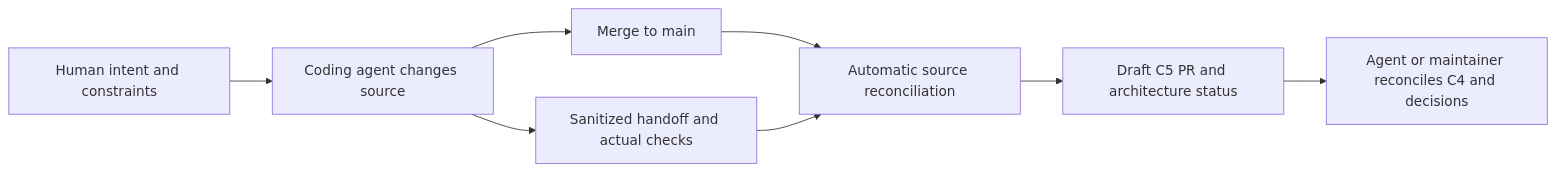
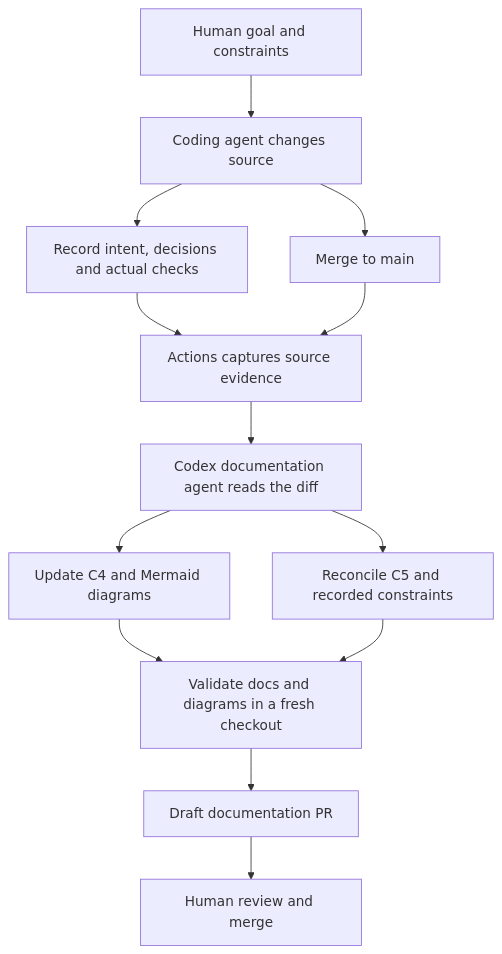
The second of 2 diagrams in README.md (JaipuriaAI/Moodle-MCP), drawn with Mermaid before and after one commit. The commit also changed other lines of this file and 15 other files, not shown here.

Commit message:
feat(docs): run Codex after main source updates

````diff
--- a/README.md
+++ b/README.md
@@ -23,10 +23,15 @@
 ```mermaid
-flowchart LR
-  Human["Human intent and constraints"] --> Agent["Coding agent changes source"]
-  Agent --> Handoff["Sanitized handoff and actual checks"]
-  Agent --> Main["Merge to main"]
-  Main --> Monitor["Automatic source reconciliation"]
-  Handoff --> Monitor
-  Monitor --> Draft["Draft C5 PR and architecture status"]
-  Draft --> Review["Agent or maintainer reconciles C4 and decisions"]
+flowchart TB
+  goal["Human goal and constraints"] --> coding["Coding agent changes source"]
+  coding --> handoff["Record intent, decisions and actual checks"]
+  coding --> main["Merge to main"]
+  handoff --> prepare["Actions captures source evidence"]
+  main --> prepare
+  prepare --> agent["Codex documentation agent reads the diff"]
+  agent --> c4["Update C4 and Mermaid diagrams"]
+  agent --> c5["Reconcile C5 and recorded constraints"]
+  c4 --> check["Validate docs and diagrams in a fresh checkout"]
+  c5 --> check
+  check --> draft["Draft documentation PR"]
+  draft --> human["Human review and merge"]
 ```
````
